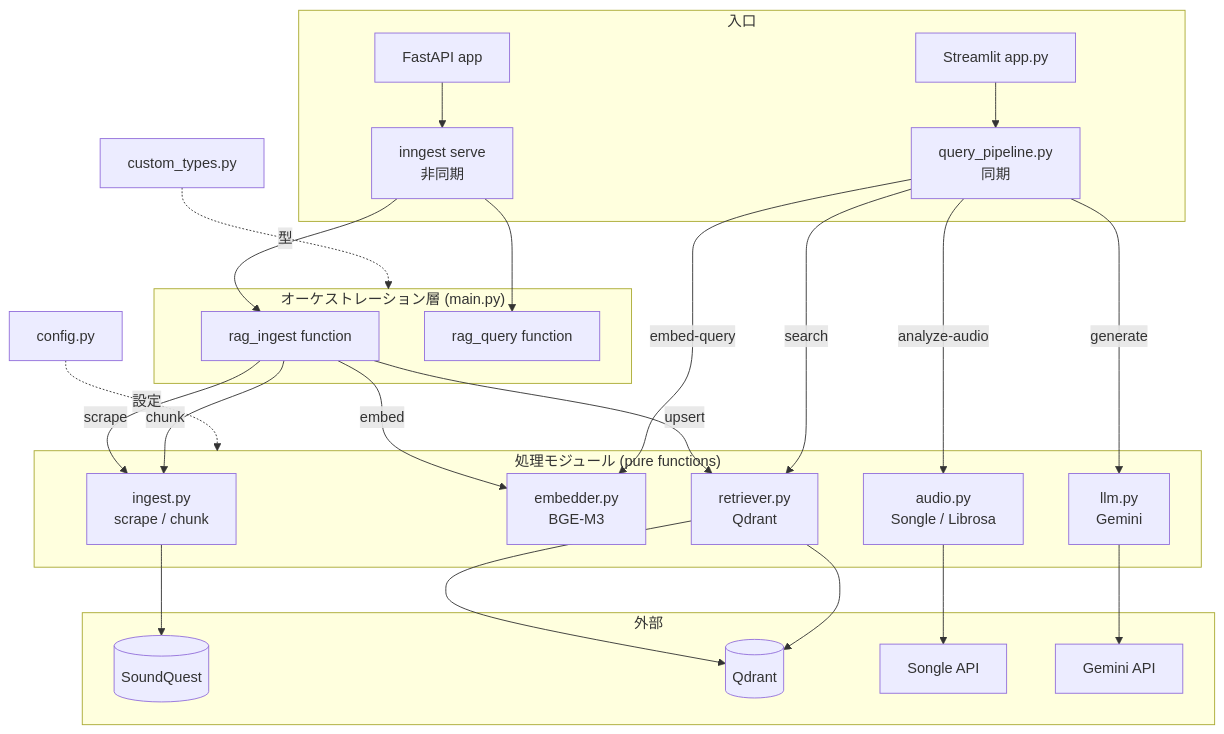
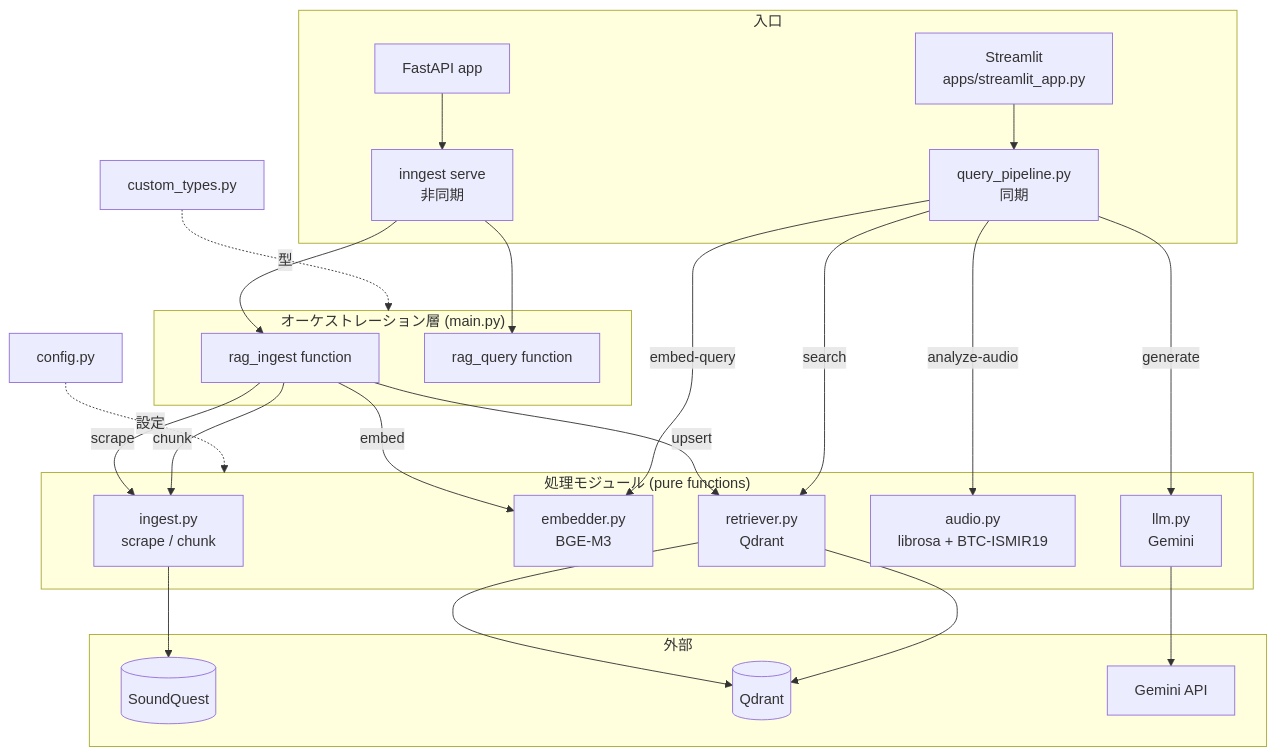
One commit to t3-sketch/RAG_Music_Tutor changed the diagram in README.md. Above: the diagram before and after it, drawn with Mermaid. The commit also changed other lines of this file and 2 other files, not shown here.

First line of the commit message:
Rewrite README for portfolio: evaluation results, new layout, drop Songle

````diff
--- a/README.md
+++ b/README.md
@@ -65,43 +92,42 @@
 ```mermaid
 flowchart TD
     subgraph entry["入口"]
-        ST[Streamlit app.py] --> QP[query_pipeline.py<br/>同期]
+        ST[Streamlit<br/>apps/streamlit_app.py] --> QP[query_pipeline.py<br/>同期]
         FA[FastAPI app] --> ING[inngest serve<br/>非同期]
     end
 
     subgraph orch["オーケストレーション層 (main.py)"]
         RI[rag_ingest function]
         RQ[rag_query function]
     end
 
     subgraph proc["処理モジュール (pure functions)"]
         ingest[ingest.py<br/>scrape / chunk]
         embedder[embedder.py<br/>BGE-M3]
         retriever[retriever.py<br/>Qdrant]
-        audio[audio.py<br/>Songle / Librosa]
+        audio[audio.py<br/>librosa + BTC-ISMIR19]
         llm[llm.py<br/>Gemini]
     end
 
     subgraph ext["外部"]
         SQ[(SoundQuest)]
         QD[(Qdrant)]
-        SG[Songle API]
         GM[Gemini API]
     end
 
     ING --> RI
     ING --> RQ
 
     RI -->|scrape| ingest --> SQ
     RI -->|chunk| ingest
     RI -->|embed| embedder
     RI -->|upsert| retriever --> QD
 
     QP -->|embed-query| embedder
     QP -->|search| retriever --> QD
-    QP -->|analyze-audio| audio --> SG
+    QP -->|analyze-audio| audio
     QP -->|generate| llm --> GM
 
     config[config.py] -.設定.-> proc
     types[custom_types.py] -.型.-> orch
 ```
````
